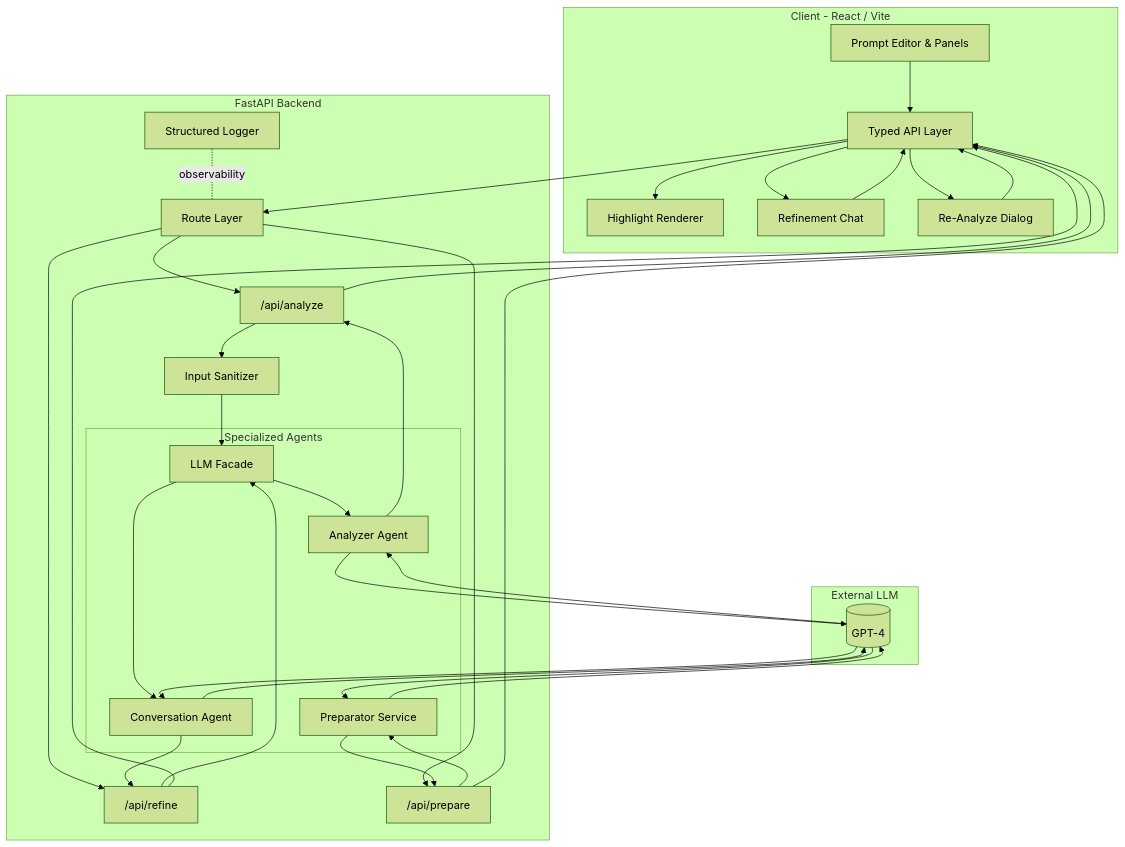
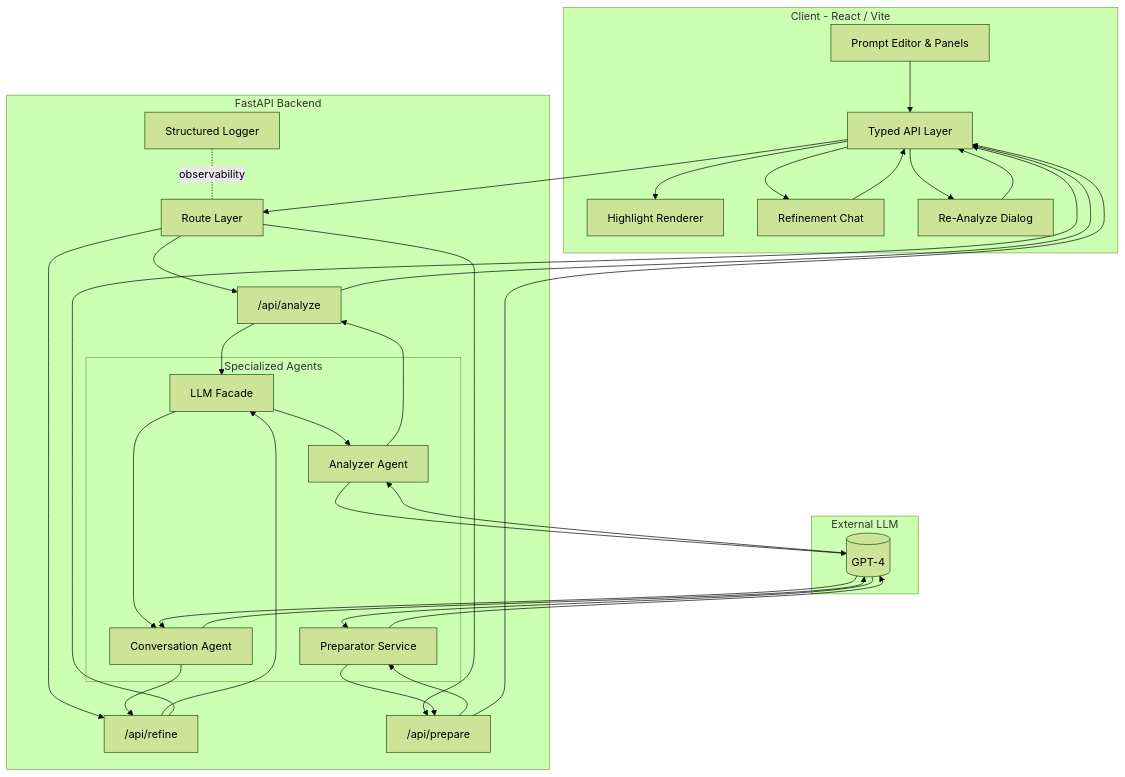
One commit to MoNejjar/echo-hallucination-detect changed the first of 2 diagrams in docs/architecture.md. Above: the diagram before and after it, drawn with Mermaid (forest theme). The commit also changed other lines of this file and 4 other files, not shown here.

First line of the commit message:
fix: remove non-existent Sanitizer from architecture diagrams and docs

````diff
--- a/docs/architecture.md
+++ b/docs/architecture.md
@@ -33,66 +33,65 @@
 ```mermaid
 %% (Inline copy for immediate readability – edit the .mmd source.)
 flowchart TB
   subgraph Browser[Client - React / Vite]
     UI[Prompt Editor & Panels]
     HL[Highlight Renderer]
     Chat[Refinement Chat]
     ReAnalyze[Re-Analyze Dialog]
     APIClient[Typed API Layer]
   end
 
   subgraph API[FastAPI Backend]
     Router[Route Layer]
     AnalyzeRoute["/api/analyze"]
     RefineRoute["/api/refine"]
     PrepareRoute["/api/prepare"]
-    Sanitizer[Input Sanitizer]
     
     subgraph Agents[Specialized Agents]
       LLMFacade[LLM Facade]
       AnalyzerAgent[Analyzer Agent]
       ConversationAgent[Conversation Agent]
       Preparator[Preparator Service]
     end
     
     Logger[Structured Logger]
   end
 
   subgraph OpenAI[External LLM]
     GPT[(GPT-4)]
   end
 
   UI --> APIClient
   Chat --> APIClient
   ReAnalyze --> APIClient
   
   APIClient --> Router
   Router --> AnalyzeRoute
   Router --> RefineRoute
   Router --> PrepareRoute
   
-  AnalyzeRoute --> Sanitizer --> LLMFacade
+  AnalyzeRoute --> LLMFacade
   RefineRoute --> LLMFacade
   PrepareRoute --> Preparator
   
   LLMFacade --> AnalyzerAgent
   LLMFacade --> ConversationAgent
   
   AnalyzerAgent --> GPT
   ConversationAgent --> GPT
   Preparator --> GPT
   
   GPT --> AnalyzerAgent
   GPT --> ConversationAgent
   GPT --> Preparator
   
   AnalyzerAgent --> AnalyzeRoute
   ConversationAgent --> RefineRoute
   Preparator --> PrepareRoute
   
   AnalyzeRoute --> APIClient --> HL
   RefineRoute --> APIClient --> Chat
   PrepareRoute --> APIClient --> ReAnalyze
   
   Logger -. observability .- Router
 ```
````
